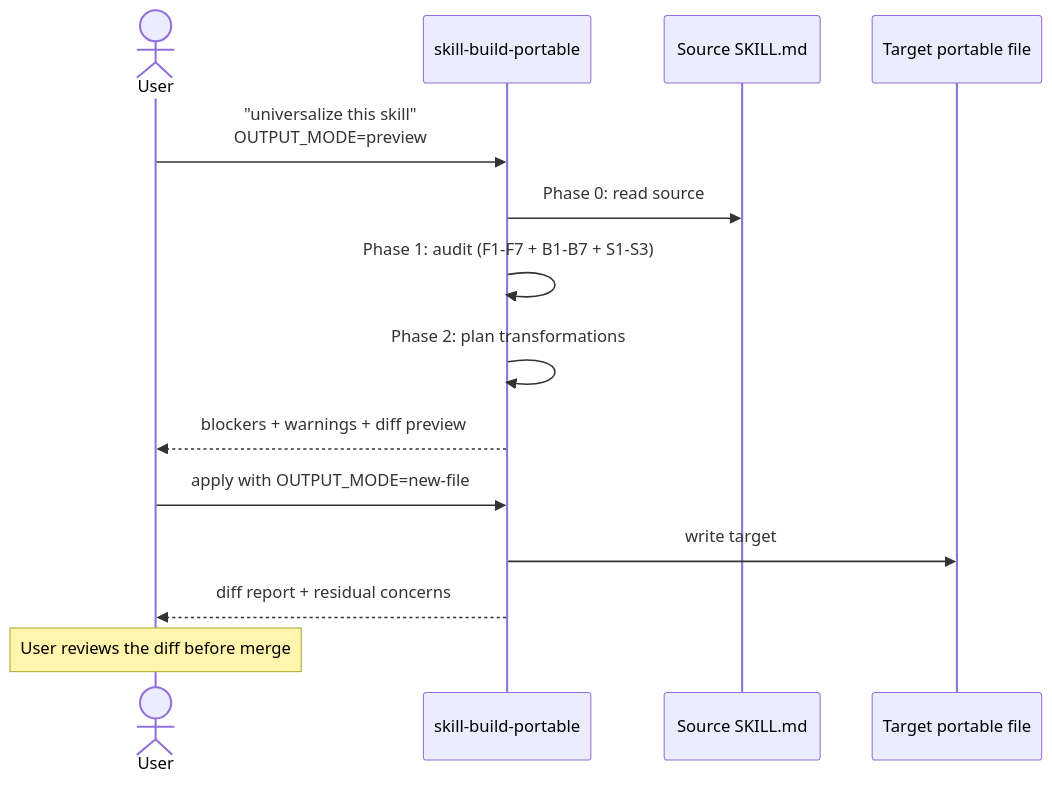
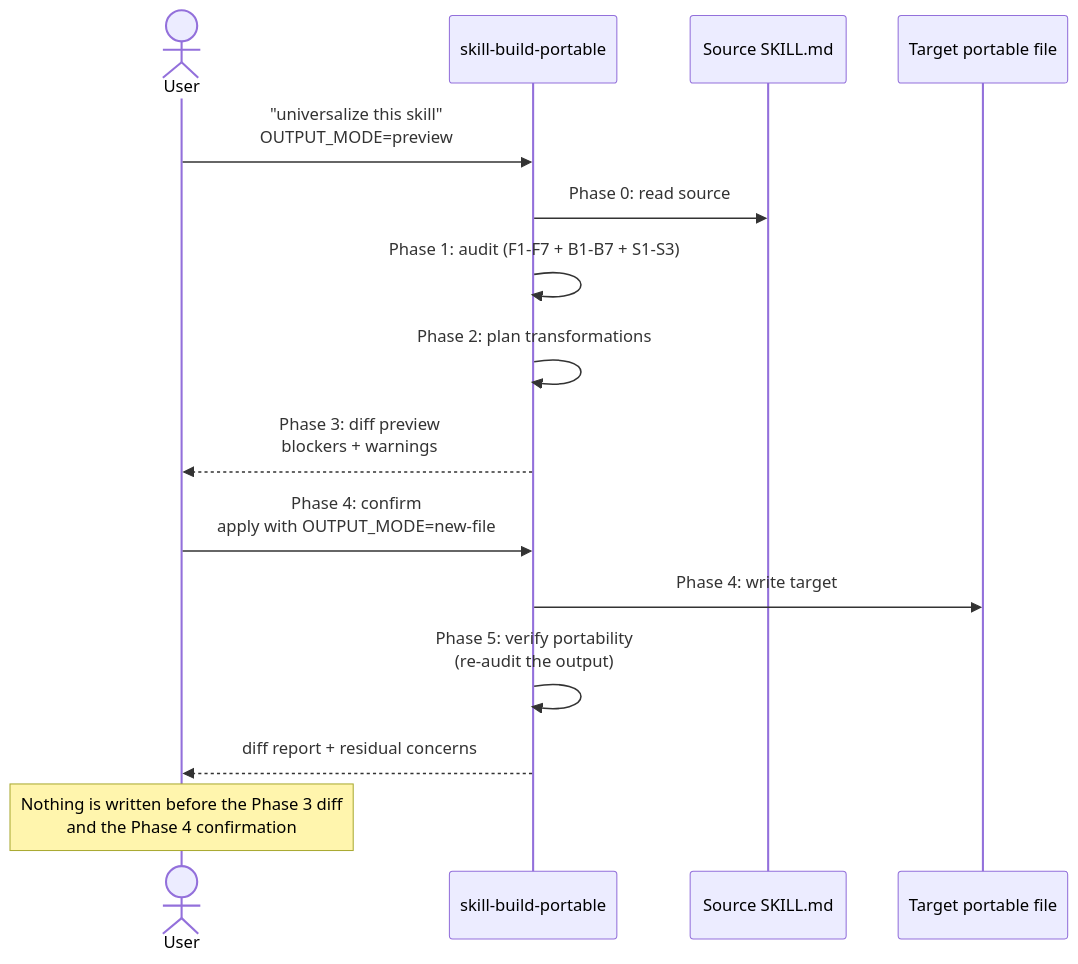
The seventh of 9 diagrams in docs/user-guide.md (artemrudenko/skill-governance-toolkit), drawn with Mermaid before and after one commit. The commit also changed other lines of this file and 1 other file, not shown here.

````diff
--- a/docs/user-guide.md
+++ b/docs/user-guide.md
@@ -774,17 +430,18 @@
 ```mermaid
 sequenceDiagram
     actor U as User
     participant B as skill-build-portable
     participant S as Source SKILL.md
     participant T as Target portable file
 
     U->>B: "universalize this skill"<br/>OUTPUT_MODE=preview
     B->>S: Phase 0: read source
     B->>B: Phase 1: audit (F1-F7 + B1-B7 + S1-S3)
     B->>B: Phase 2: plan transformations
-    B-->>U: blockers + warnings + diff preview
-    U->>B: apply with OUTPUT_MODE=new-file
-    B->>T: write target
+    B-->>U: Phase 3: diff preview<br/>blockers + warnings
+    U->>B: Phase 4: confirm<br/>apply with OUTPUT_MODE=new-file
+    B->>T: Phase 4: write target
+    B->>B: Phase 5: verify portability<br/>(re-audit the output)
     B-->>U: diff report + residual concerns
-    Note over U: User reviews the diff before merge
+    Note over U: Nothing is written before the Phase 3 diff<br/>and the Phase 4 confirmation
 ```
````
